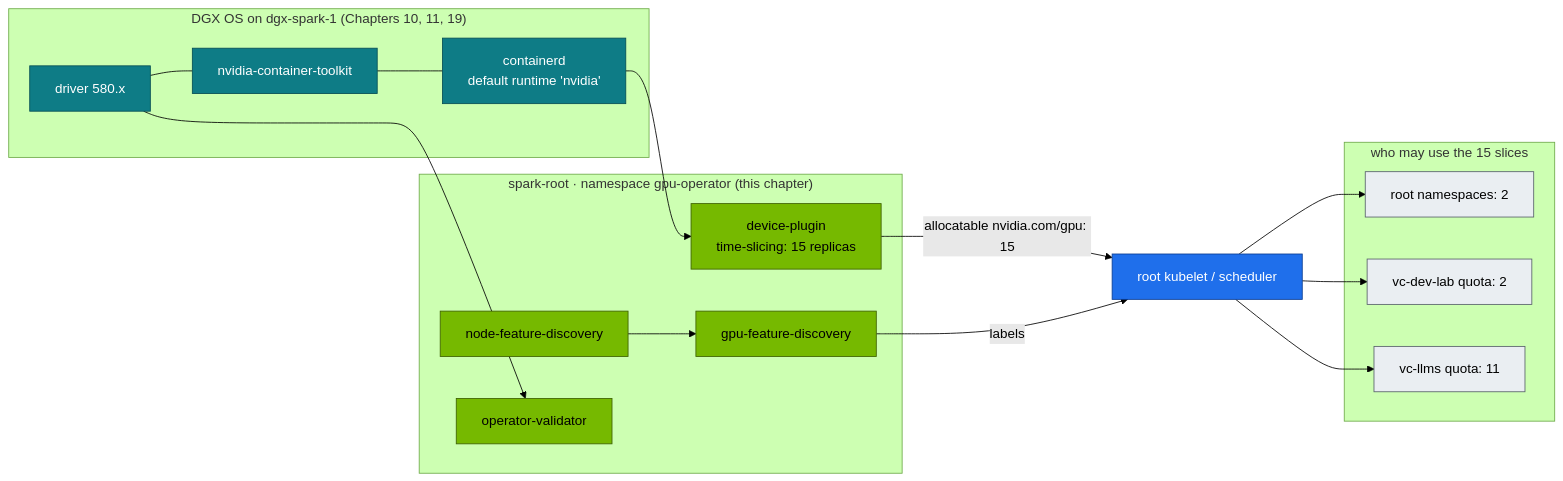
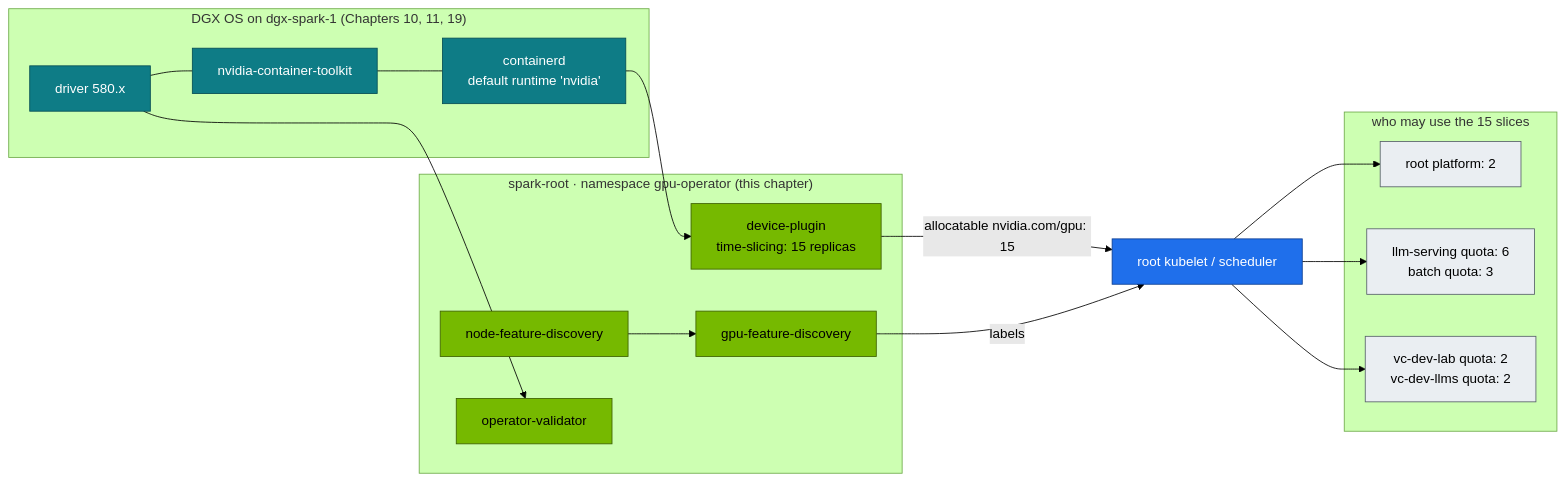
The diagram in 01-Ansible/20-nvidia-gpu-operator-and-time-slicing.md (cloudone365/technical-depth), drawn with Mermaid (forest theme) before and after one commit. The commit also changed other lines of this file and 58 other files, not shown here.

First line of the commit message:
Docs: dev-llms sandbox vCluster, LLM stack on the root, shared ~90 GiB pool, headless DGX OS

````diff
--- a/01-Ansible/20-nvidia-gpu-operator-and-time-slicing.md
+++ b/01-Ansible/20-nvidia-gpu-operator-and-time-slicing.md
@@ -31,29 +31,29 @@
 ```mermaid
 flowchart LR
   subgraph HOST["DGX OS on dgx-spark-1 (Chapters 10, 11, 19)"]
     DRV["driver 580.x"] --- TK["nvidia-container-toolkit"] --- RT["containerd<br/>default runtime 'nvidia'"]
   end
   subgraph OP["spark-root · namespace gpu-operator (this chapter)"]
     NFD["node-feature-discovery"] --> GFD["gpu-feature-discovery"]
     DP["device-plugin<br/>time-slicing: 15 replicas"]
     VAL["operator-validator"]
   end
   subgraph BUD["who may use the 15 slices"]
-    R["root namespaces: 2"]
-    D["vc-dev-lab quota: 2"]
-    L["vc-llms quota: 11"]
+    R["root platform: 2"]
+    S["llm-serving quota: 6<br/>batch quota: 3"]
+    D["vc-dev-lab quota: 2<br/>vc-dev-llms quota: 2"]
   end
   RT --> DP
   DRV --> VAL
   DP -->|"allocatable nvidia.com/gpu: 15"| K["root kubelet / scheduler"]
   GFD -->|labels| K
-  K --> R & D & L
+  K --> R & S & D
   classDef node fill:#0e7c86,stroke:#064e54,color:#fff
   classDef gpu fill:#76b900,stroke:#3d6000,color:#000
   classDef ctrl fill:#1f6feb,stroke:#0b3d91,color:#fff
   classDef tenant fill:#eaeef2,stroke:#57606a,color:#000
   class DRV,TK,RT node
   class NFD,GFD,DP,VAL gpu
   class K ctrl
-  class R,D,L tenant
+  class R,S,D tenant
 ```
````
